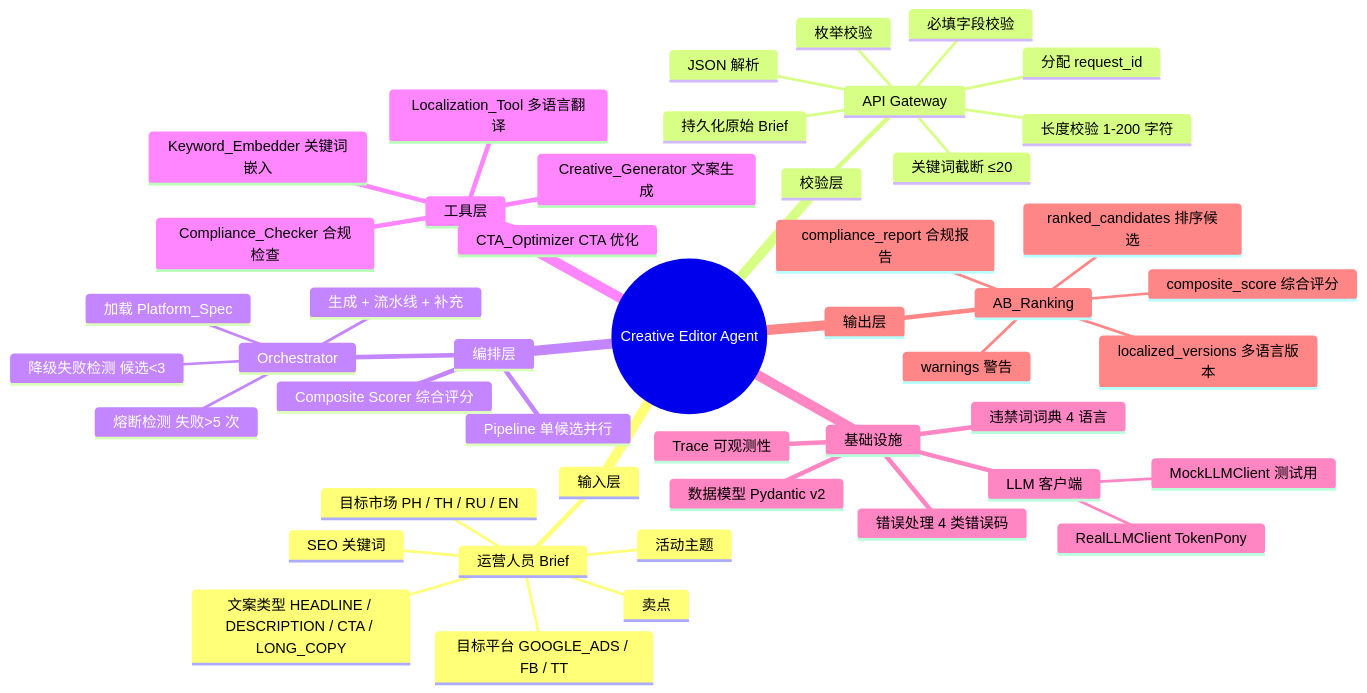
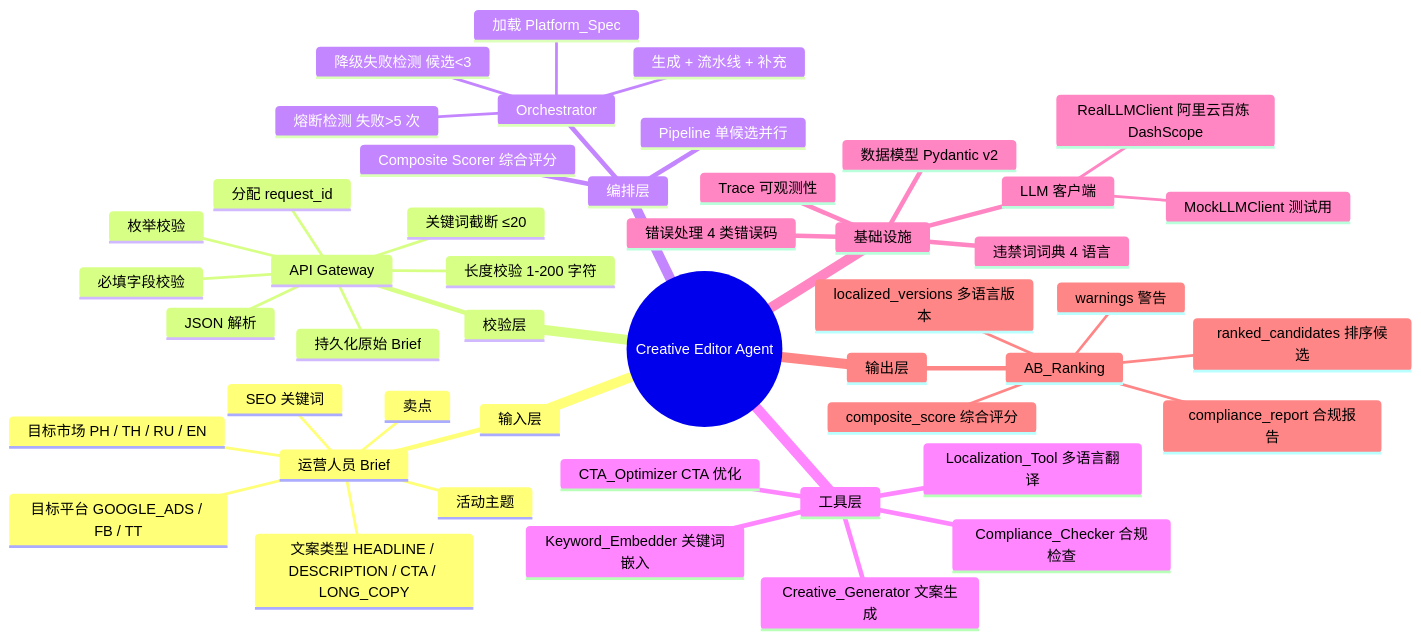
One commit to kangshengzhe/creative-editor-agent changed the first of 8 diagrams in docs/PROJECT_FLOW.md. Above: the diagram before and after it, drawn with Mermaid. The commit also changed other lines of this file and 4 other files, not shown here.

````diff
--- a/docs/PROJECT_FLOW.md
+++ b/docs/PROJECT_FLOW.md
@@ -9,50 +9,50 @@
 ```mermaid
 mindmap
   root((Creative Editor Agent))
     输入层
       运营人员 Brief
         活动主题
         目标平台 GOOGLE_ADS / FB / TT
         目标市场 PH / TH / RU / EN
         文案类型 HEADLINE / DESCRIPTION / CTA / LONG_COPY
         SEO 关键词
         卖点
     校验层
       API Gateway
         JSON 解析
         必填字段校验
         枚举校验
         长度校验 1-200 字符
         关键词截断 ≤20
         分配 request_id
         持久化原始 Brief
     编排层
       Orchestrator
         加载 Platform_Spec
         生成 + 流水线 + 补充
         熔断检测 失败>5 次
         降级失败检测 候选<3
       Pipeline 单候选并行
       Composite Scorer 综合评分
     工具层
       Creative_Generator 文案生成
       Compliance_Checker 合规检查
       Localization_Tool 多语言翻译
       Keyword_Embedder 关键词嵌入
       CTA_Optimizer CTA 优化
     基础设施
       LLM 客户端
-        RealLLMClient TokenPony
+        RealLLMClient 阿里云百炼 DashScope
         MockLLMClient 测试用
       数据模型 Pydantic v2
       违禁词词典 4 语言
       Trace 可观测性
       错误处理 4 类错误码
     输出层
       AB_Ranking
         ranked_candidates 排序候选
         composite_score 综合评分
         compliance_report 合规报告
         localized_versions 多语言版本
         warnings 警告
 ```
````
